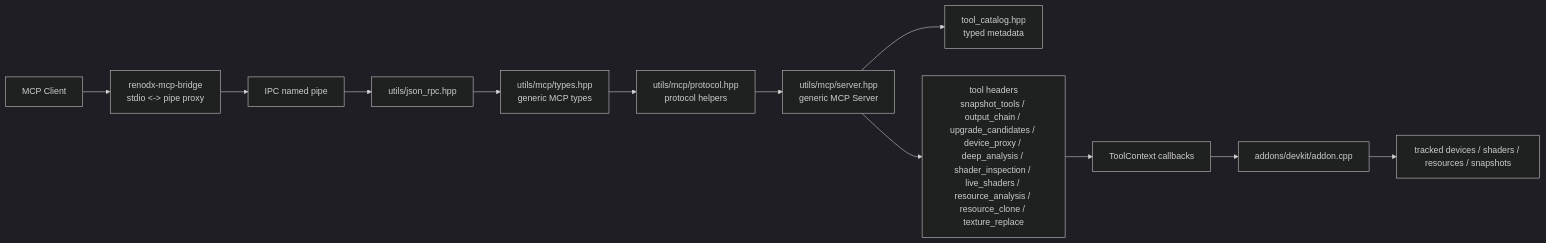
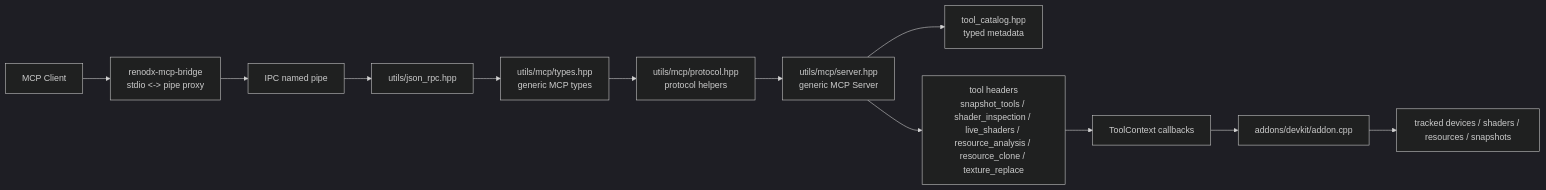
One commit to Lostpold88/renodx changed the first of 2 diagrams in src/addons/devkit/mcp/README.md. Above: the diagram before and after it, drawn with Mermaid (dark theme). The commit also changed other lines of this file and 26 other files, not shown here.

````diff
--- a/src/addons/devkit/mcp/README.md
+++ b/src/addons/devkit/mcp/README.md
@@ -19,27 +19,27 @@
 ```mermaid
 flowchart LR
     Client["MCP Client"]
     Bridge["renodx-mcp-bridge<br/>stdio <-> pipe proxy"]
     Pipe["IPC named pipe"]
     Rpc["utils/json_rpc.hpp"]
     Types["utils/mcp/types.hpp<br/>generic MCP types"]
     Protocol["utils/mcp/protocol.hpp<br/>protocol helpers"]
     Server["utils/mcp/server.hpp<br/>generic MCP Server"]
     Catalog["tool_catalog.hpp<br/>typed metadata"]
-    Handlers["tool headers<br/>snapshot_tools / output_chain / upgrade_candidates / device_proxy / deep_analysis / shader_inspection / live_shaders / resource_analysis / resource_clone / texture_replace"]
+    Handlers["tool headers<br/>snapshot_tools / shader_inspection / live_shaders / resource_analysis / resource_clone / texture_replace"]
     Context["ToolContext callbacks"]
     Addon["addons/devkit/addon.cpp"]
     Runtime["tracked devices / shaders / resources / snapshots"]
 
     Client --> Bridge
     Bridge --> Pipe
     Pipe --> Rpc
     Rpc --> Types
     Types --> Protocol
     Protocol --> Server
     Server --> Catalog
     Server --> Handlers
     Handlers --> Context
     Context --> Addon
     Addon --> Runtime
 ```
````
